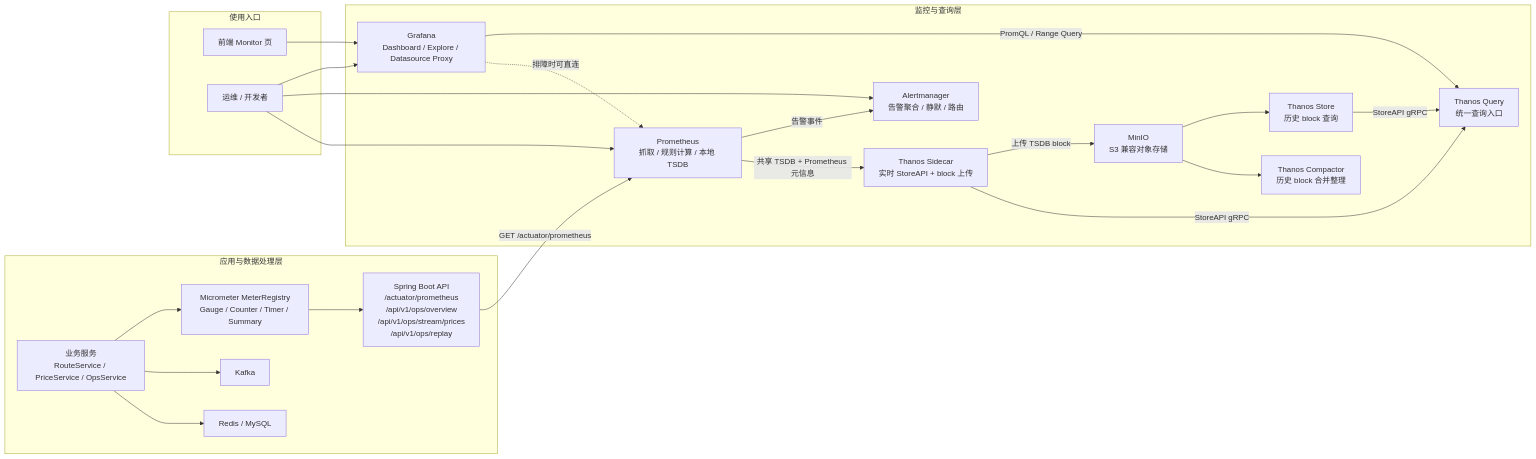
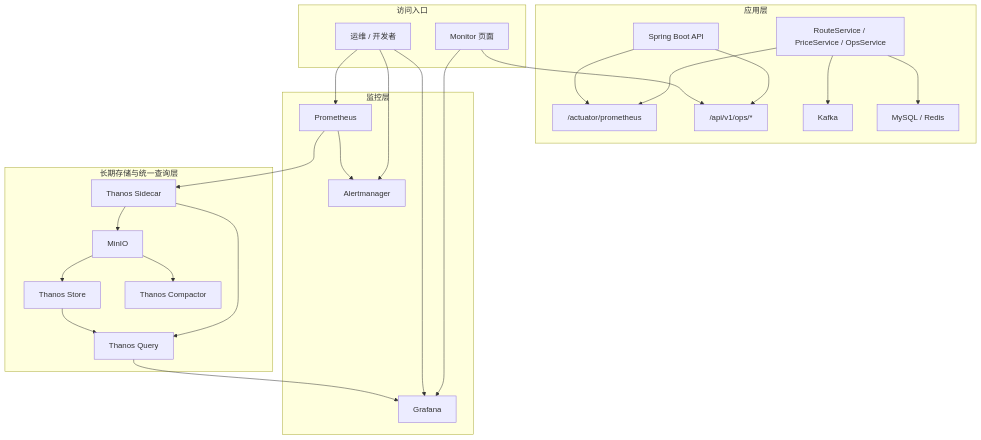
One commit to poodlepp/supedata changed the first of 2 diagrams in dex-aggregator-architecture.md. Above: the diagram before and after it, drawn with Mermaid. The commit also changed other lines of this file, not shown here.

Commit message:
Refine stage 5 monitoring diagrams

````diff
--- a/dex-aggregator-architecture.md
+++ b/dex-aggregator-architecture.md
@@ -709,45 +709,51 @@
 ```mermaid
-flowchart LR
-    subgraph App["应用与数据处理层"]
-        A1["Spring Boot API\n/actuator/prometheus\n/api/v1/ops/overview\n/api/v1/ops/stream/prices\n/api/v1/ops/replay"]
-        A2["Micrometer MeterRegistry\nGauge / Counter / Timer / Summary"]
-        A3["业务服务\nRouteService / PriceService / OpsService"]
-        A4["Kafka"]
-        A5["Redis / MySQL"]
+flowchart TB
+    subgraph Client["访问入口"]
+        FE["Monitor 页面"]
+        OPS["运维 / 开发者"]
     end
 
-    subgraph Obs["监控与查询层"]
-        P["Prometheus\n抓取 / 规则计算 / 本地 TSDB"]
-        AM["Alertmanager\n告警聚合 / 静默 / 路由"]
-        TS["Thanos Sidecar\n实时 StoreAPI + block 上传"]
-        TQ["Thanos Query\n统一查询入口"]
-        TST["Thanos Store\n历史 block 查询"]
-        TC["Thanos Compactor\n历史 block 合并整理"]
-        M["MinIO\nS3 兼容对象存储"]
-        G["Grafana\nDashboard / Explore / Datasource Proxy"]
+    subgraph App["应用层"]
+        API["Spring Boot API"]
+        METRICS["/actuator/prometheus"]
+        OPSAPI["/api/v1/ops/*"]
+        CORE["RouteService / PriceService / OpsService"]
+        KAFKA["Kafka"]
+        STORE["MySQL / Redis"]
     end
 
-    subgraph Users["使用入口"]
-        U1["前端 Monitor 页"]
-        U2["运维 / 开发者"]
+    subgraph Monitor["监控层"]
+        PROM["Prometheus"]
+        ALERT["Alertmanager"]
+        GRAF["Grafana"]
     end
 
-    A3 --> A2
-    A3 --> A4
-    A3 --> A5
-    A2 --> A1
-    A1 -- "GET /actuator/prometheus" --> P
-    P -- "告警事件" --> AM
-    P -- "共享 TSDB + Prometheus 元信息" --> TS
-    TS -- "上传 TSDB block" --> M
-    M --> TST
-    M --> TC
-    TS -- "StoreAPI gRPC" --> TQ
-    TST -- "StoreAPI gRPC" --> TQ
-    G -- "PromQL / Range Query" --> TQ
-    G -. "排障时可直连" .-> P
-    U1 --> G
-    U2 --> G
-    U2 --> AM
-    U2 --> P
+    subgraph LongTerm["长期存储与统一查询层"]
+        SIDE["Thanos Sidecar"]
+        QUERY["Thanos Query"]
+        TSTORE["Thanos Store"]
+        COMPACTOR["Thanos Compactor"]
+        MINIO["MinIO"]
+    end
+
+    CORE --> KAFKA
+    CORE --> STORE
+    CORE --> METRICS
+    API --> METRICS
+    API --> OPSAPI
+
+    FE --> OPSAPI
+    FE --> GRAF
+    OPS --> GRAF
+    OPS --> PROM
+    OPS --> ALERT
+
+    PROM --> ALERT
+    PROM --> SIDE
+    SIDE --> QUERY
+    TSTORE --> QUERY
+    QUERY --> GRAF
+    SIDE --> MINIO
+    MINIO --> TSTORE
+    MINIO --> COMPACTOR
 ```
````
